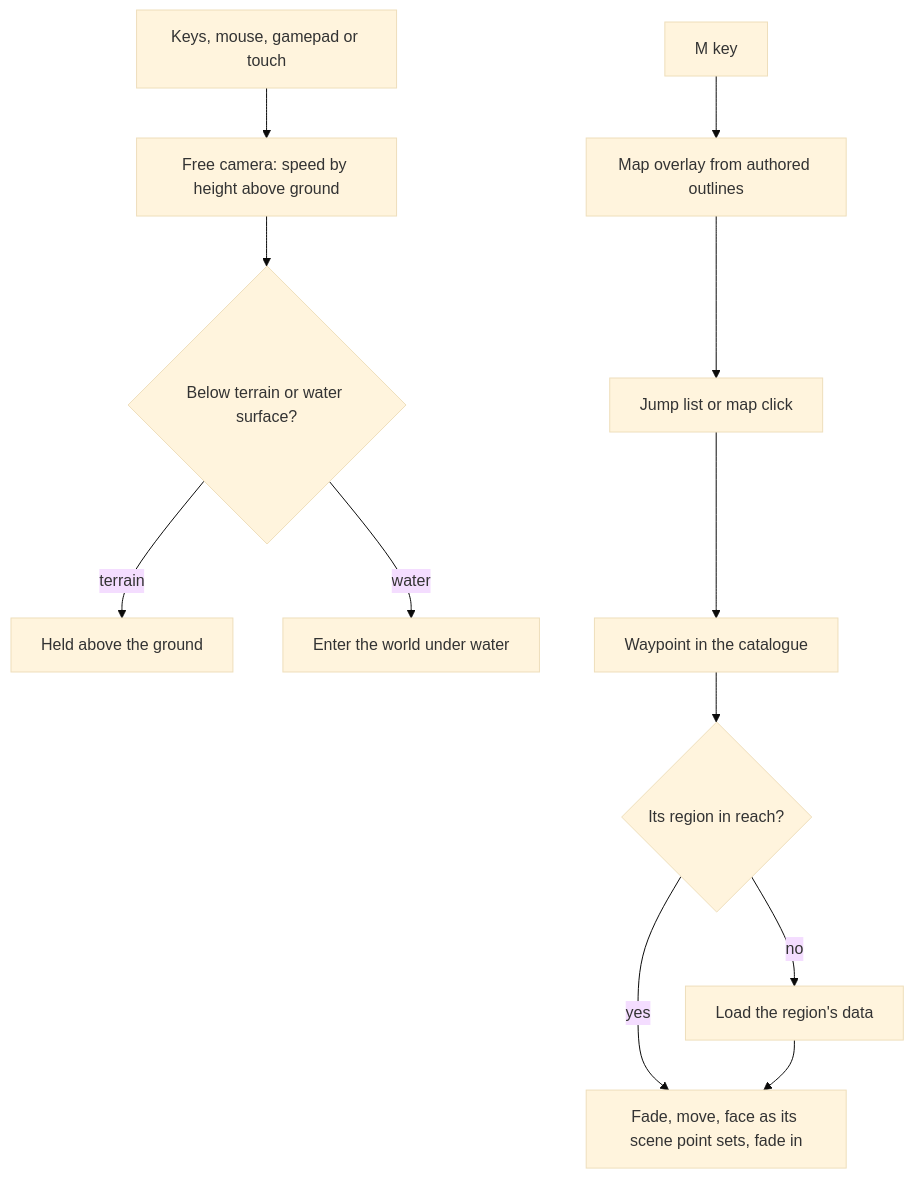
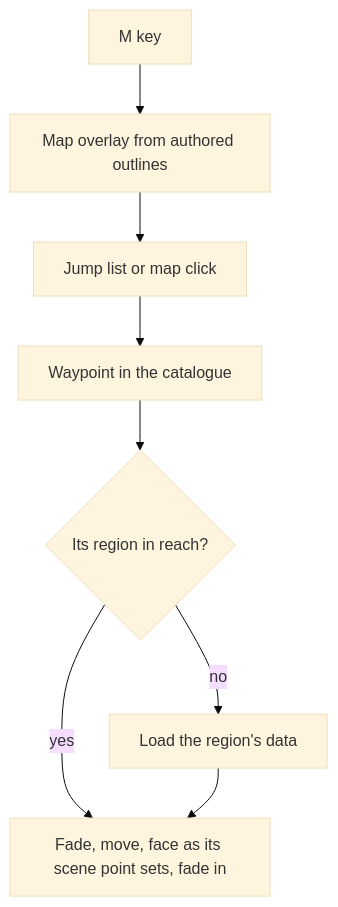
Before and after one commit to Esposter/Esposter: the diagram in apps/web/content/docs/proposals/genshin/exploring.md, drawn with Mermaid (base theme). The commit also changed other lines of this file and 5 other files, not shown here.

First line of the commit message:
docs(genshin): the free camera is an as-built page, and exploring keeps the jump list, the map, the clock control and touch

````diff
--- a/apps/web/content/docs/proposals/genshin/exploring.md
+++ b/apps/web/content/docs/proposals/genshin/exploring.md
@@ -37,14 +30,10 @@
 ```mermaid
 flowchart TD
-  IN[Keys, mouse, gamepad or touch] --> FC[Free camera: speed by height above ground]
-  FC --> CL{Below terrain or water surface?}
-  CL -->|terrain| CLAMP[Held above the ground]
-  CL -->|water| UW[Enter the world under water]
   JL[Jump list or map click] --> WP[Waypoint in the catalogue]
   WP --> RCH{Its region in reach?}
   RCH -->|no| LOAD[Load the region's data]
   RCH -->|yes| FADE[Fade, move, face as its scene point sets, fade in]
   LOAD --> FADE
   M[M key] --> MAP[Map overlay from authored outlines]
   MAP --> JL
 ```
````
